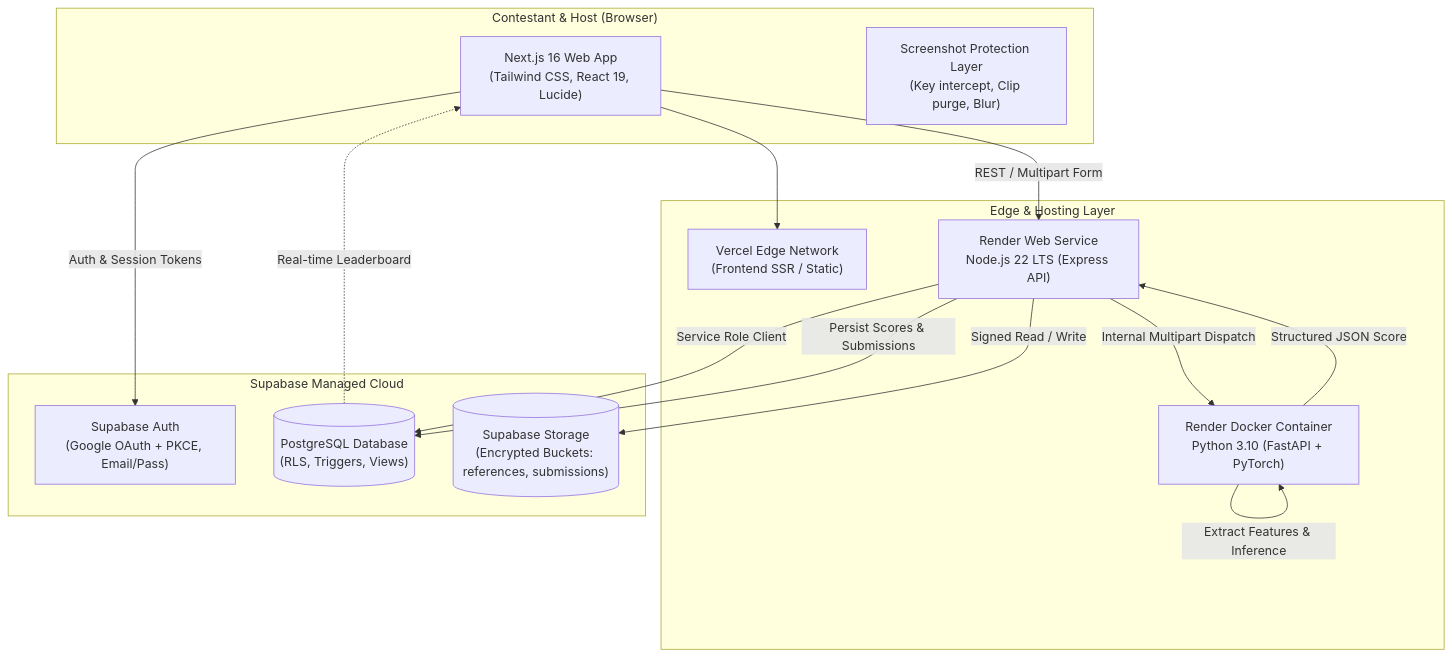
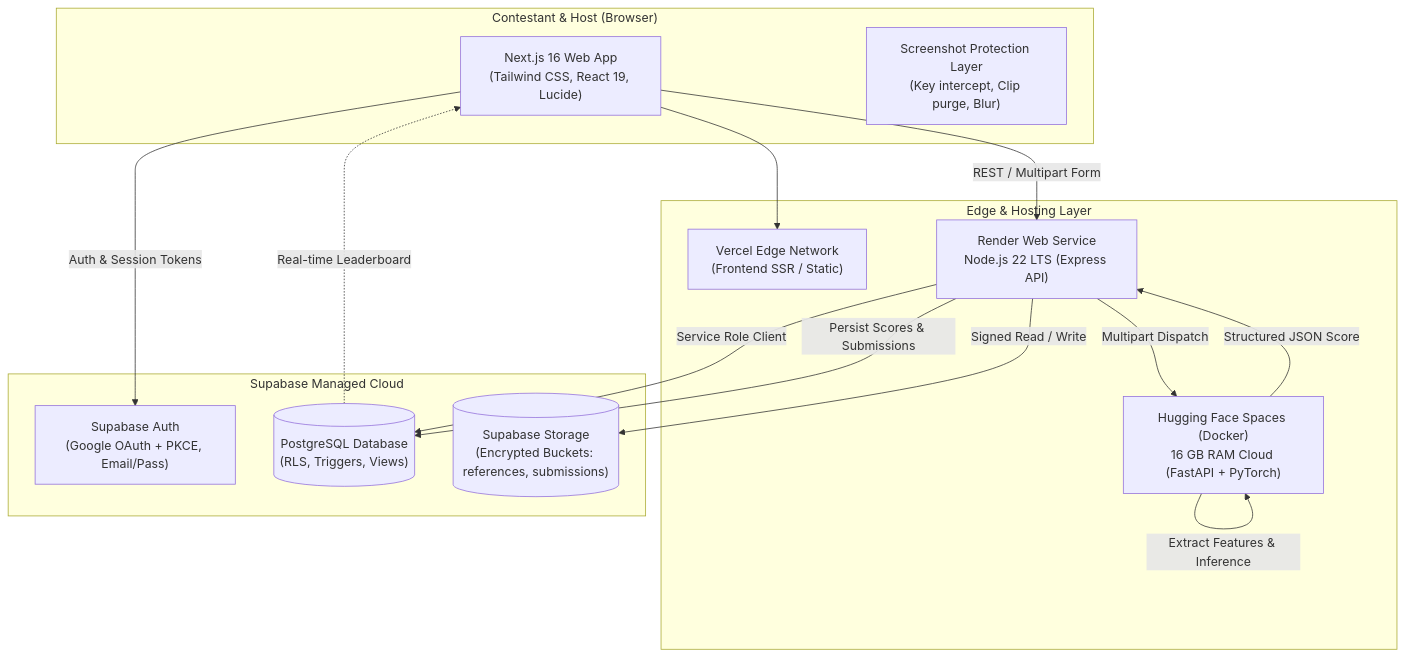
Before and after one commit to PerasRaince/acm-ai-image-judge: the first of 3 diagrams in README.md, drawn with Mermaid. The commit also changed other lines of this file and 9 other files, not shown here.

Commit message:
feat(ai-engine): configure AI scoring engine for Hugging Face Spaces with 16GB RAM

````diff
--- a/README.md
+++ b/README.md
@@ -63,33 +63,33 @@
 ```mermaid
 flowchart TD
     subgraph Client ["Contestant & Host (Browser)"]
         UI["Next.js 16 Web App\n(Tailwind CSS, React 19, Lucide)"]
         SP["Screenshot Protection Layer\n(Key intercept, Clip purge, Blur)"]
     end
 
     subgraph CDN_Gateway ["Edge & Hosting Layer"]
         Vercel["Vercel Edge Network\n(Frontend SSR / Static)"]
         RenderAPI["Render Web Service\nNode.js 22 LTS (Express API)"]
-        RenderAI["Render Docker Container\nPython 3.10 (FastAPI + PyTorch)"]
+        HFSpaces["Hugging Face Spaces (Docker)\n16 GB RAM Cloud (FastAPI + PyTorch)"]
     end
 
     subgraph SupabaseCloud ["Supabase Managed Cloud"]
         SupaAuth["Supabase Auth\n(Google OAuth + PKCE, Email/Pass)"]
         Postgres[("PostgreSQL Database\n(RLS, Triggers, Views)")]
         Storage[("Supabase Storage\n(Encrypted Buckets: references, submissions)")]
     end
 
     UI --> Vercel
     UI -->|REST / Multipart Form| RenderAPI
     UI -->|Auth & Session Tokens| SupaAuth
 
     RenderAPI -->|Service Role Client| Postgres
     RenderAPI -->|Signed Read / Write| Storage
-    RenderAPI -->|Internal Multipart Dispatch| RenderAI
+    RenderAPI -->|Multipart Dispatch| HFSpaces
 
-    RenderAI -->|Extract Features & Inference| RenderAI
-    RenderAI -->|Structured JSON Score| RenderAPI
+    HFSpaces -->|Extract Features & Inference| HFSpaces
+    HFSpaces -->|Structured JSON Score| RenderAPI
 
     RenderAPI -->|Persist Scores & Submissions| Postgres
     Postgres -.->|Real-time Leaderboard| UI
 ```
````
